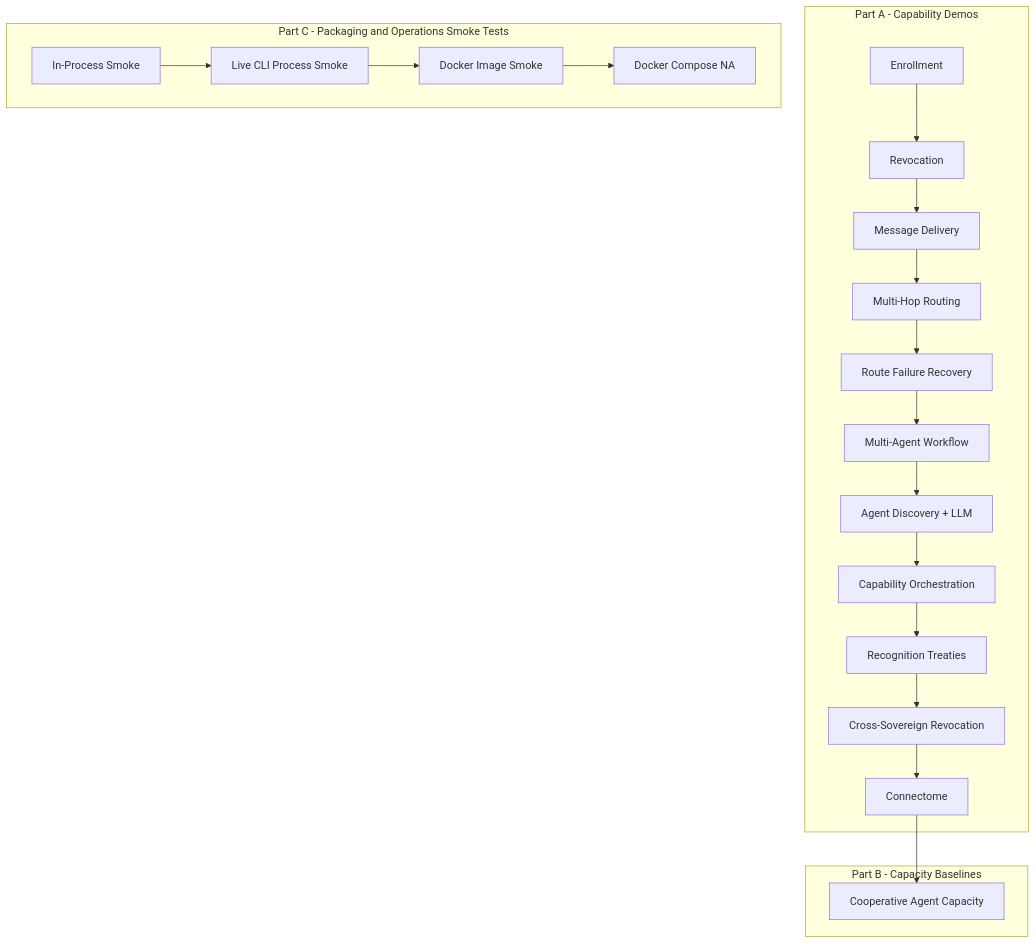
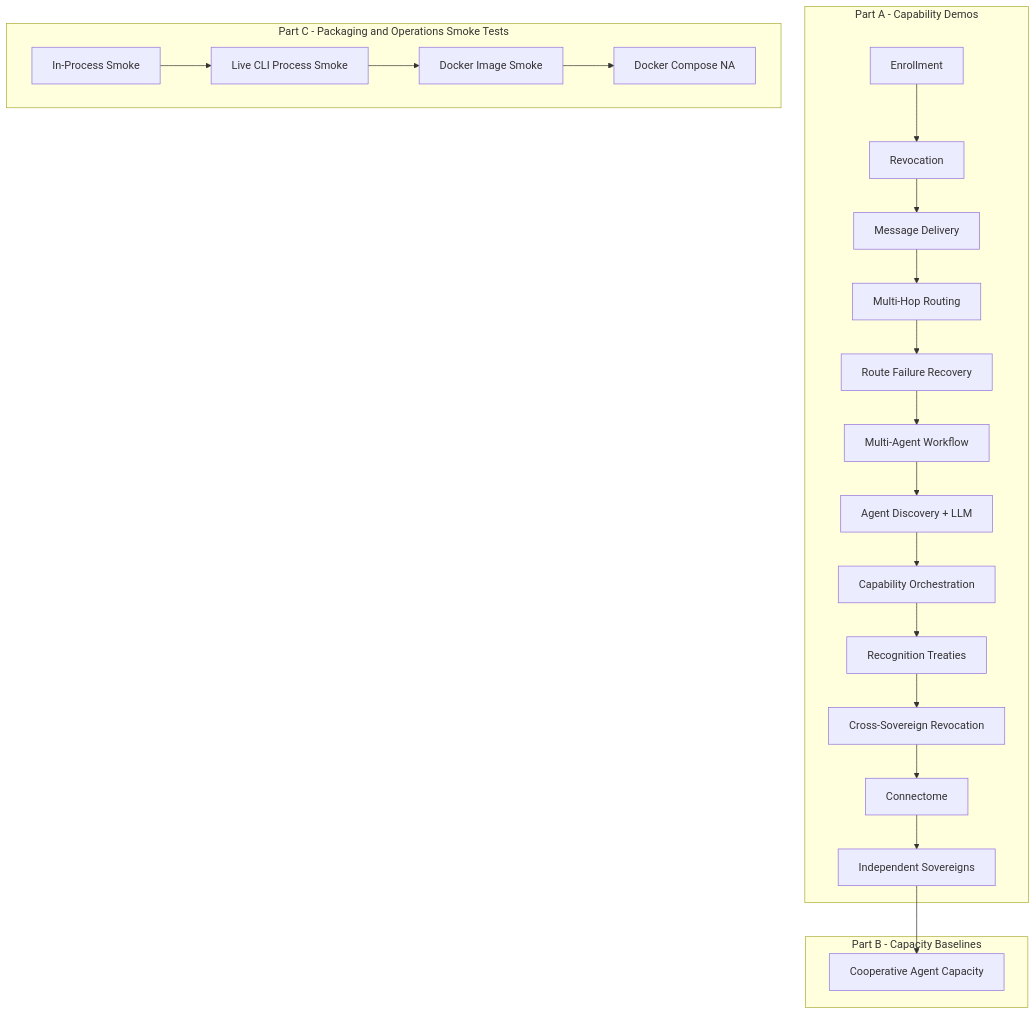
The first of 15 diagrams in docs/examples/demos.md (GenesisMeshLabs/genesismesh), drawn with Mermaid before and after one commit. The commit also changed other lines of this file and 10 other files, not shown here.

Commit message:
Release v0.12.1 independent sovereigns proof

````diff
--- a/docs/examples/demos.md
+++ b/docs/examples/demos.md
@@ -25,31 +25,32 @@
 ```{mermaid}
 flowchart TD
     subgraph A[Part A - Capability Demos]
         A1[Enrollment]
         A2[Revocation]
         A3[Message Delivery]
         A4[Multi-Hop Routing]
         A5[Route Failure Recovery]
         A6[Multi-Agent Workflow]
         A7[Agent Discovery + LLM]
         A8[Capability Orchestration]
         A9[Recognition Treaties]
         A10[Cross-Sovereign Revocation]
         A11[Connectome]
+        A12[Independent Sovereigns]
     end
 
     subgraph B[Part B - Capacity Baselines]
         B1[Cooperative Agent Capacity]
     end
 
     subgraph C[Part C - Packaging and Operations Smoke Tests]
         C1[In-Process Smoke]
         C2[Live CLI Process Smoke]
         C3[Docker Image Smoke]
         C4[Docker Compose NA]
     end
 
-    A1 --> A2 --> A3 --> A4 --> A5 --> A6 --> A7 --> A8 --> A9 --> A10 --> A11
-    A11 --> B1
+    A1 --> A2 --> A3 --> A4 --> A5 --> A6 --> A7 --> A8 --> A9 --> A10 --> A11 --> A12
+    A12 --> B1
     C1 --> C2 --> C3 --> C4
 ```
````
